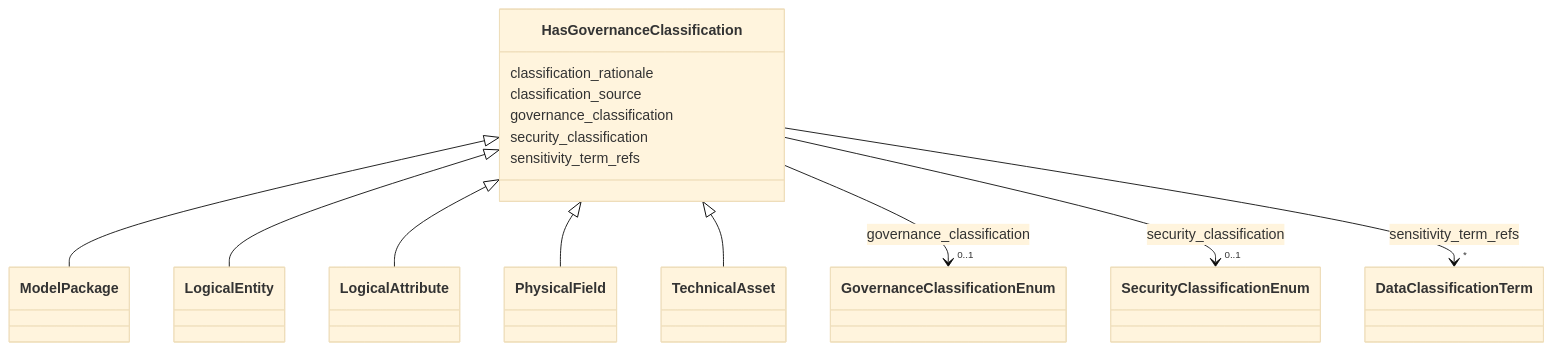
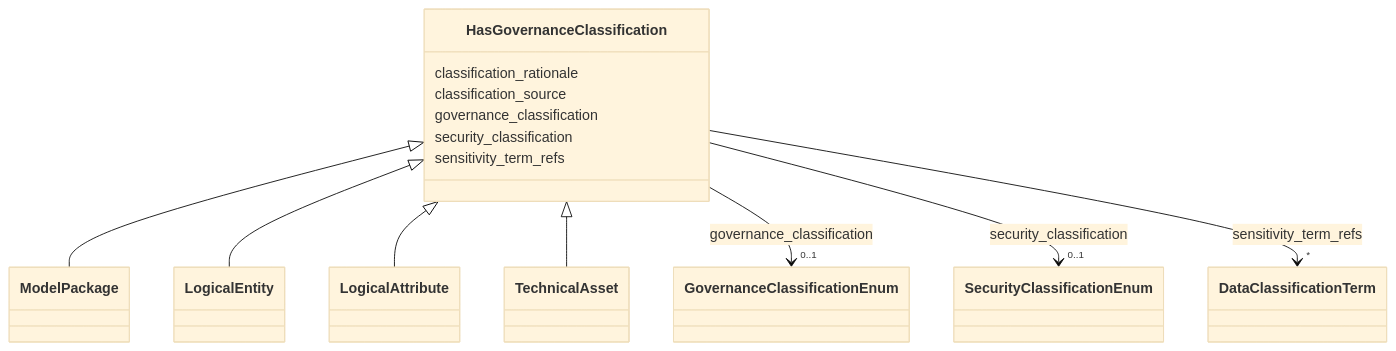
The diagram in generated/artifacts/moex-dams/0.1/diagrams/HasGovernanceClassification.md (oista/moex-data-model), drawn with Mermaid (base theme) before and after one commit. The commit also changed 193 other files, not shown here.

First line of the commit message:
feat(dams): introduce DataStructure and SchemaNode, separate Message (#11)

````diff
--- a/generated/artifacts/moex-dams/0.1/diagrams/HasGovernanceClassification.md
+++ b/generated/artifacts/moex-dams/0.1/diagrams/HasGovernanceClassification.md
@@ -4,54 +4,52 @@
 ```mermaid
  classDiagram
     class HasGovernanceClassification
     click HasGovernanceClassification href "../HasGovernanceClassification"
       HasGovernanceClassification <|-- ModelPackage
         click ModelPackage href "../ModelPackage"
       HasGovernanceClassification <|-- LogicalEntity
         click LogicalEntity href "../LogicalEntity"
       HasGovernanceClassification <|-- LogicalAttribute
         click LogicalAttribute href "../LogicalAttribute"
-      HasGovernanceClassification <|-- PhysicalField
-        click PhysicalField href "../PhysicalField"
       HasGovernanceClassification <|-- TechnicalAsset
         click TechnicalAsset href "../TechnicalAsset"
       
       HasGovernanceClassification : classification_rationale
         
       HasGovernanceClassification : classification_source
         
       HasGovernanceClassification : governance_classification
         
           
     
         
         
         HasGovernanceClassification --> "0..1" GovernanceClassificationEnum : governance_classification
         click GovernanceClassificationEnum href "../GovernanceClassificationEnum"
     
 
         
       HasGovernanceClassification : security_classification
         
           
     
         
         
         HasGovernanceClassification --> "0..1" SecurityClassificationEnum : security_classification
         click SecurityClassificationEnum href "../SecurityClassificationEnum"
     
 
         
       HasGovernanceClassification : sensitivity_term_refs
         
           
     
         
         
         HasGovernanceClassification --> "*" DataClassificationTerm : sensitivity_term_refs
         click DataClassificationTerm href "../DataClassificationTerm"
     
 
         
       
 ```
````
